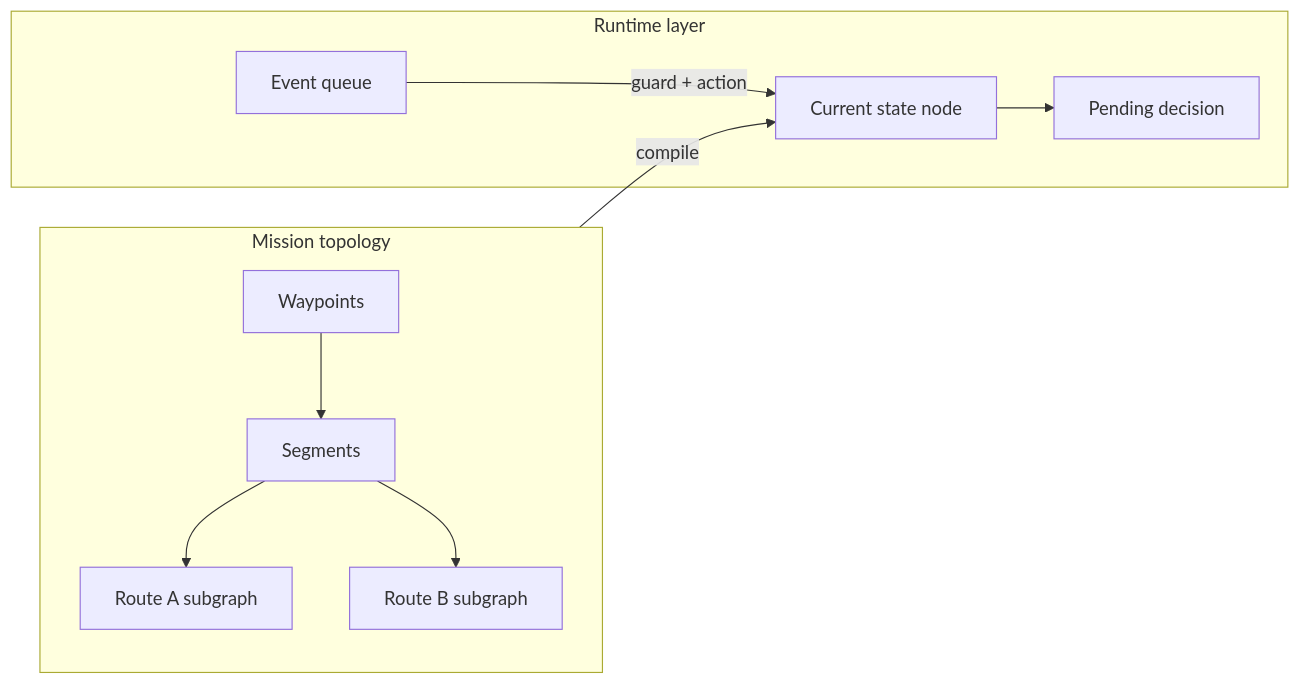
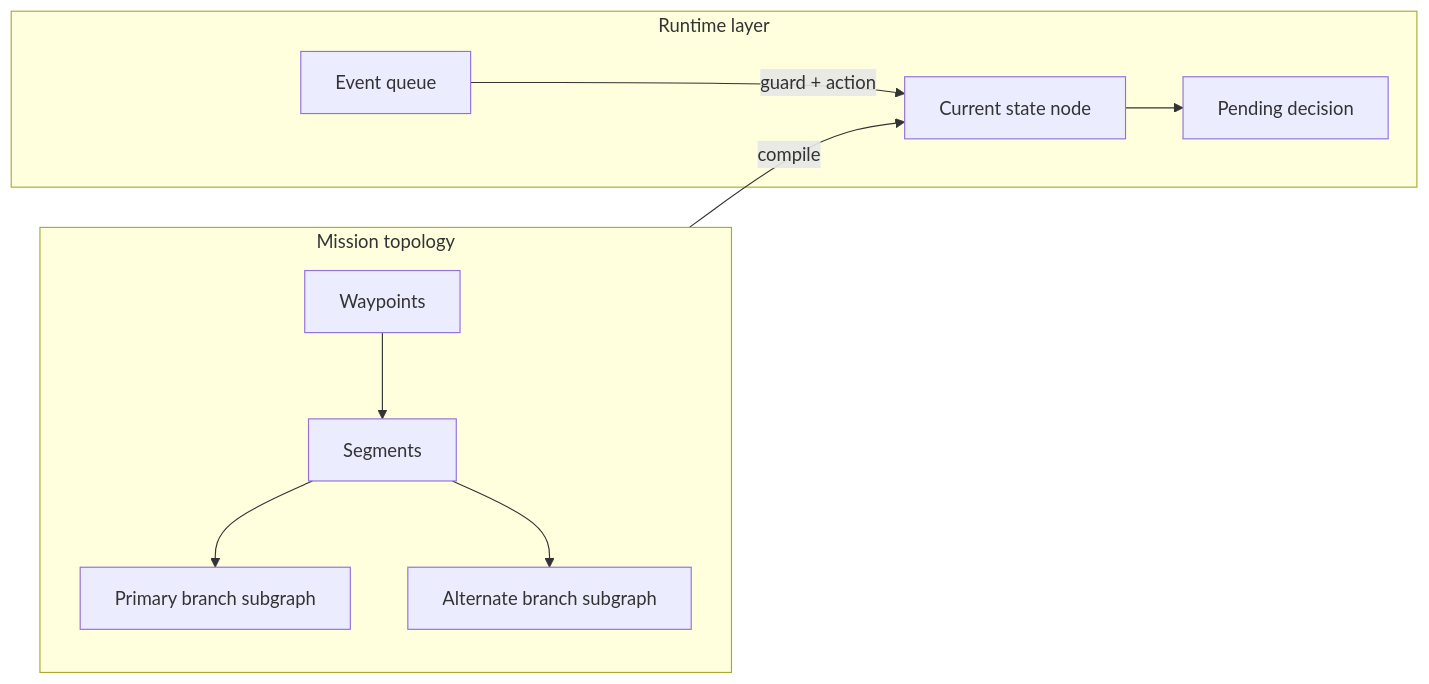
Before and after one commit to jvsinclair/x-tech-hack-drone-mission-planning: the diagram in docs/STATE_DECISION_GRAPH.md, drawn with Mermaid. The commit also changed other lines of this file and 6 other files, not shown here.

````diff
--- a/docs/STATE_DECISION_GRAPH.md
+++ b/docs/STATE_DECISION_GRAPH.md
@@ -117,22 +117,22 @@
 ```mermaid
 flowchart LR
   subgraph topology["Mission topology"]
     WP[Waypoints]
     SEG[Segments]
-    RA[Route A subgraph]
-    RB[Route B subgraph]
+    PR[Primary branch subgraph]
+    ALT[Alternate branch subgraph]
   end
 
   subgraph runtime["Runtime layer"]
     CUR[Current state node]
     EVT[Event queue]
     DEC[Pending decision]
   end
 
   WP --> SEG
-  SEG --> RA
-  SEG --> RB
+  SEG --> PR
+  SEG --> ALT
   topology -->|"compile"| CUR
   EVT -->|"guard + action"| CUR
   CUR --> DEC
 ```
````
